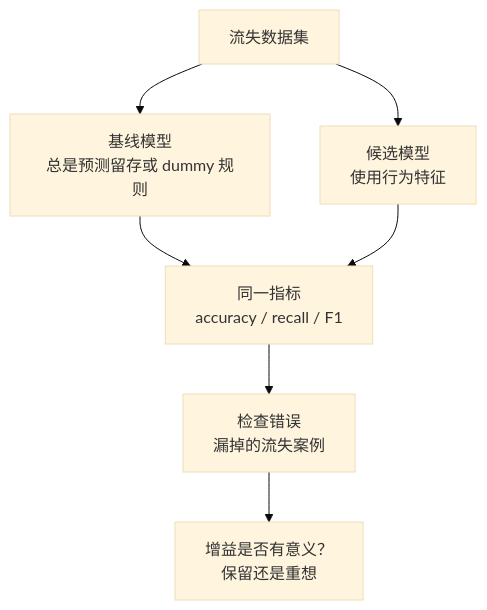
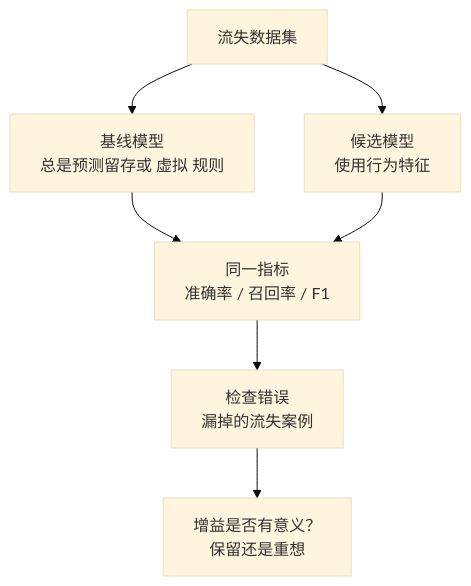
The diagram in docs/assets/part-04/chapter-08/p4-8-2-mermaid-01-zh.mmd (devchan64/AiBook), drawn with Mermaid (base theme) before and after one commit. The commit also changed 87 other files, not shown here.

Commit message:
Refine Part 4 Korean and Chinese diagram localization

```diff
--- a/docs/assets/part-04/chapter-08/p4-8-2-mermaid-01-zh.mmd
+++ b/docs/assets/part-04/chapter-08/p4-8-2-mermaid-01-zh.mmd
@@ -1,14 +1,14 @@
 flowchart TD
   A["流失数据集"]
-  B["基线模型<br/>总是预测留存或 dummy 规则"]
+  B["基线模型<br/>总是预测留存或 虚拟 规则"]
   C["候选模型<br/>使用行为特征"]
-  D["同一指标<br/>accuracy / recall / F1"]
+  D["同一指标<br/>准确率 / 召回率 / F1"]
   E["检查错误<br/>漏掉的流失案例"]
   F["增益是否有意义？<br/>保留还是重想"]
 
   A --> B
   A --> C
   B --> D
   C --> D
   D --> E
   E --> F
```
